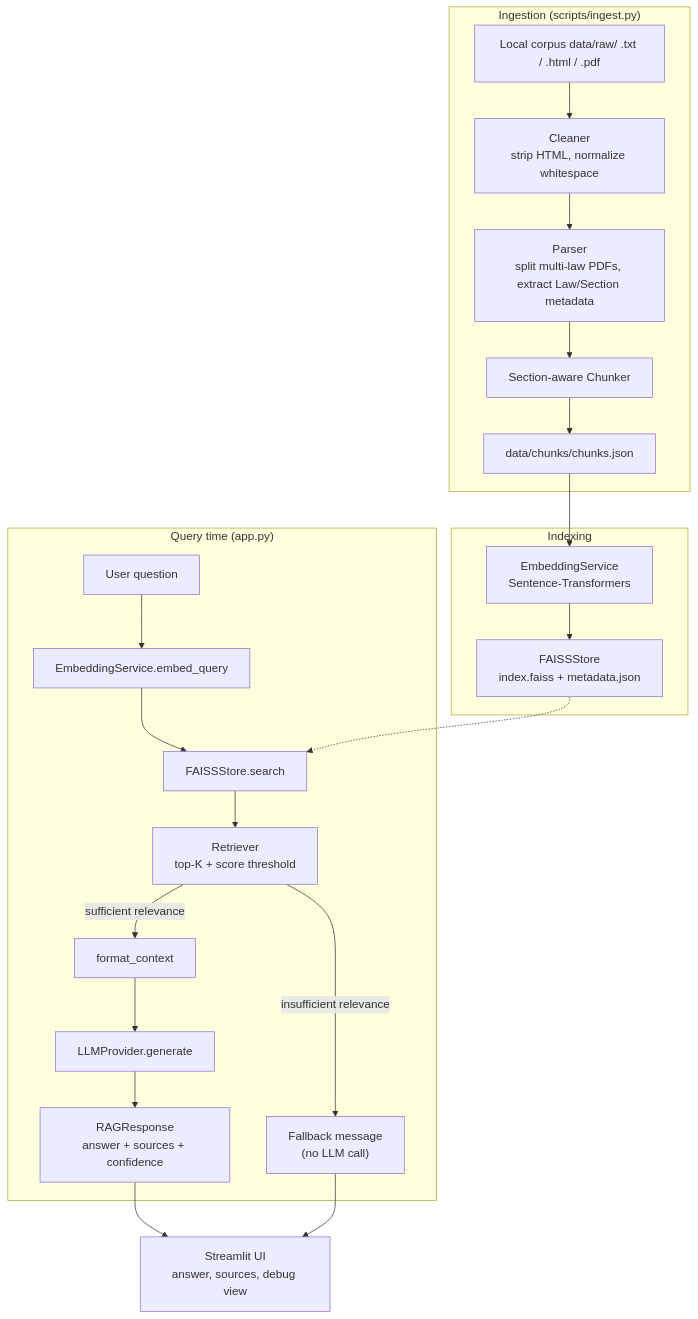
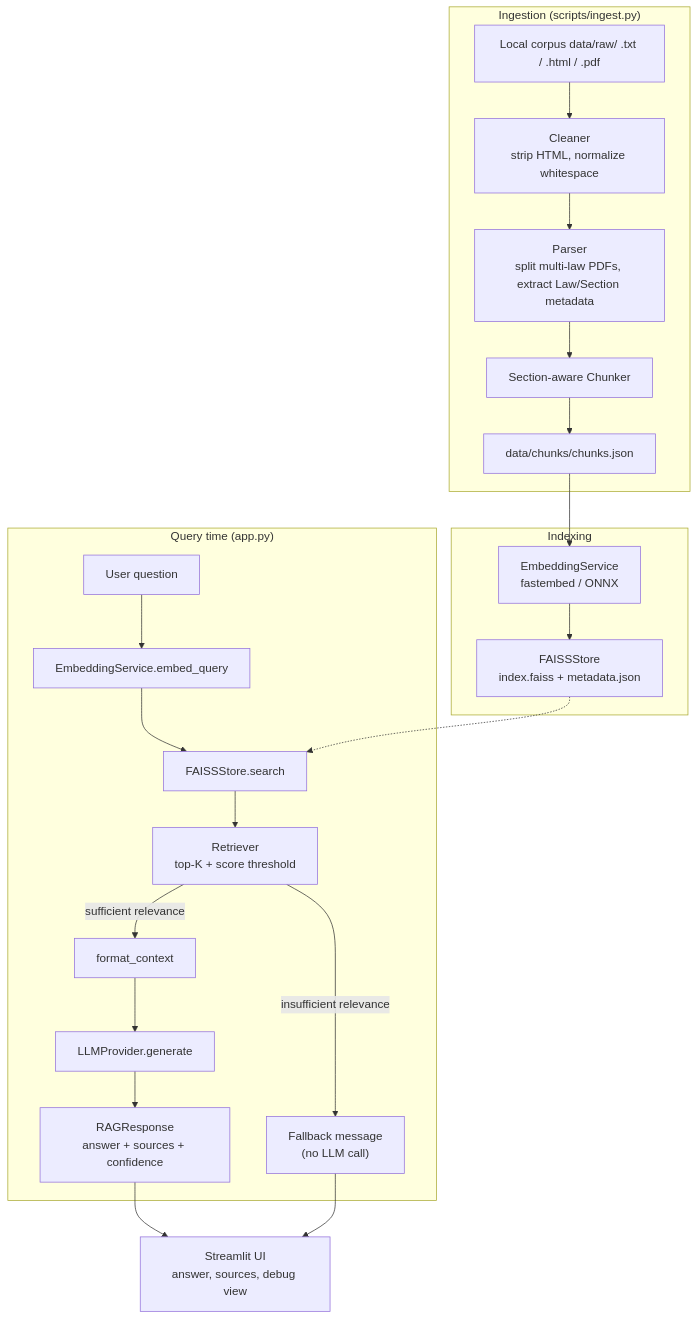
The diagram in README.md (ojhayash45/CricRAG), drawn with Mermaid before and after one commit. The commit also changed other lines of this file and 2 other files, not shown here.

First line of the commit message:
Replace sentence-transformers/torch with fastembed to fix deploy OOM

````diff
--- a/README.md
+++ b/README.md
@@ -20,28 +20,28 @@
 ```mermaid
 flowchart TD
     subgraph Ingestion["Ingestion (scripts/ingest.py)"]
         A[Local corpus data/raw/ .txt / .html / .pdf] --> B[Cleaner<br/>strip HTML, normalize whitespace]
         B --> C[Parser<br/>split multi-law PDFs, extract Law/Section metadata]
         C --> D[Section-aware Chunker]
         D --> E[data/chunks/chunks.json]
     end
 
     subgraph Indexing
-        E --> F[EmbeddingService<br/>Sentence-Transformers]
+        E --> F[EmbeddingService<br/>fastembed / ONNX]
         F --> G[FAISSStore<br/>index.faiss + metadata.json]
     end
 
     subgraph Query["Query time (app.py)"]
         H[User question] --> I[EmbeddingService.embed_query]
         I --> J[FAISSStore.search]
         G -.-> J
         J --> K[Retriever<br/>top-K + score threshold]
         K -->|insufficient relevance| L["Fallback message<br/>(no LLM call)"]
         K -->|sufficient relevance| M[format_context]
         M --> N[LLMProvider.generate]
         N --> O[RAGResponse<br/>answer + sources + confidence]
     end
 
     O --> P[Streamlit UI<br/>answer, sources, debug view]
     L --> P
 ```
````
